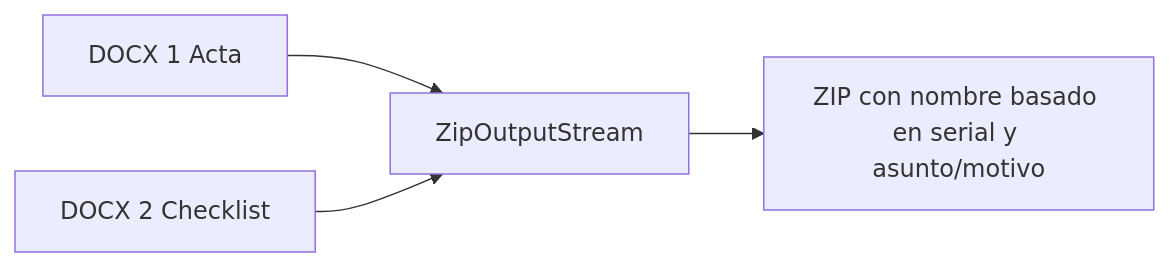
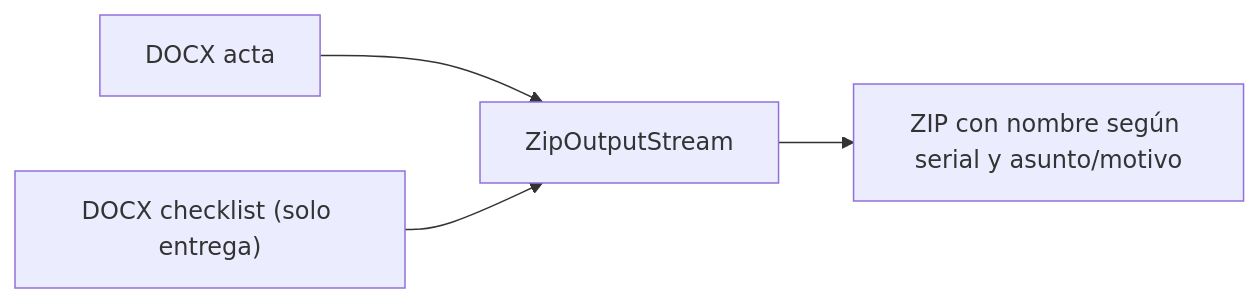
Before and after one commit to juanjosehc/actas-glpi: diagram 11 of 13 in FLUJO_FUNCIONAL.md, drawn with Mermaid. The commit also changed other lines of this file and 11 other files, not shown here.

````diff
--- a/FLUJO_FUNCIONAL.md
+++ b/FLUJO_FUNCIONAL.md
@@ -380,6 +452,6 @@
 ```mermaid
 flowchart LR
-    A[DOCX 1 Acta] --> C[ZipOutputStream]
-    B[DOCX 2 Checklist] --> C
-    C --> D[ZIP con nombre basado en serial y asunto/motivo]
+    A["DOCX acta"] --> C["ZipOutputStream"]
+    B["DOCX checklist (solo entrega)"] --> C
+    C --> D["ZIP con nombre según serial y asunto/motivo"]
 ```
````
